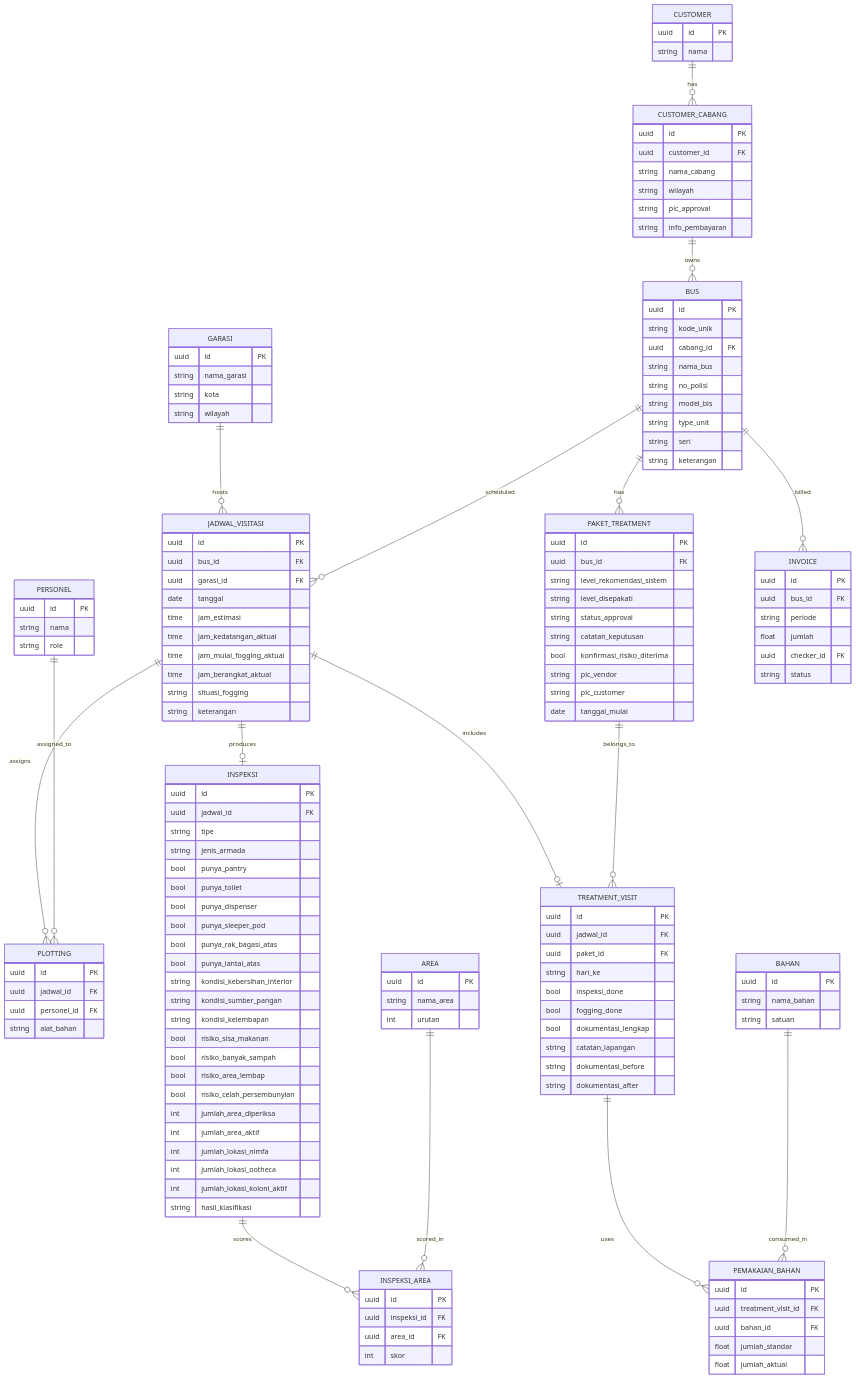
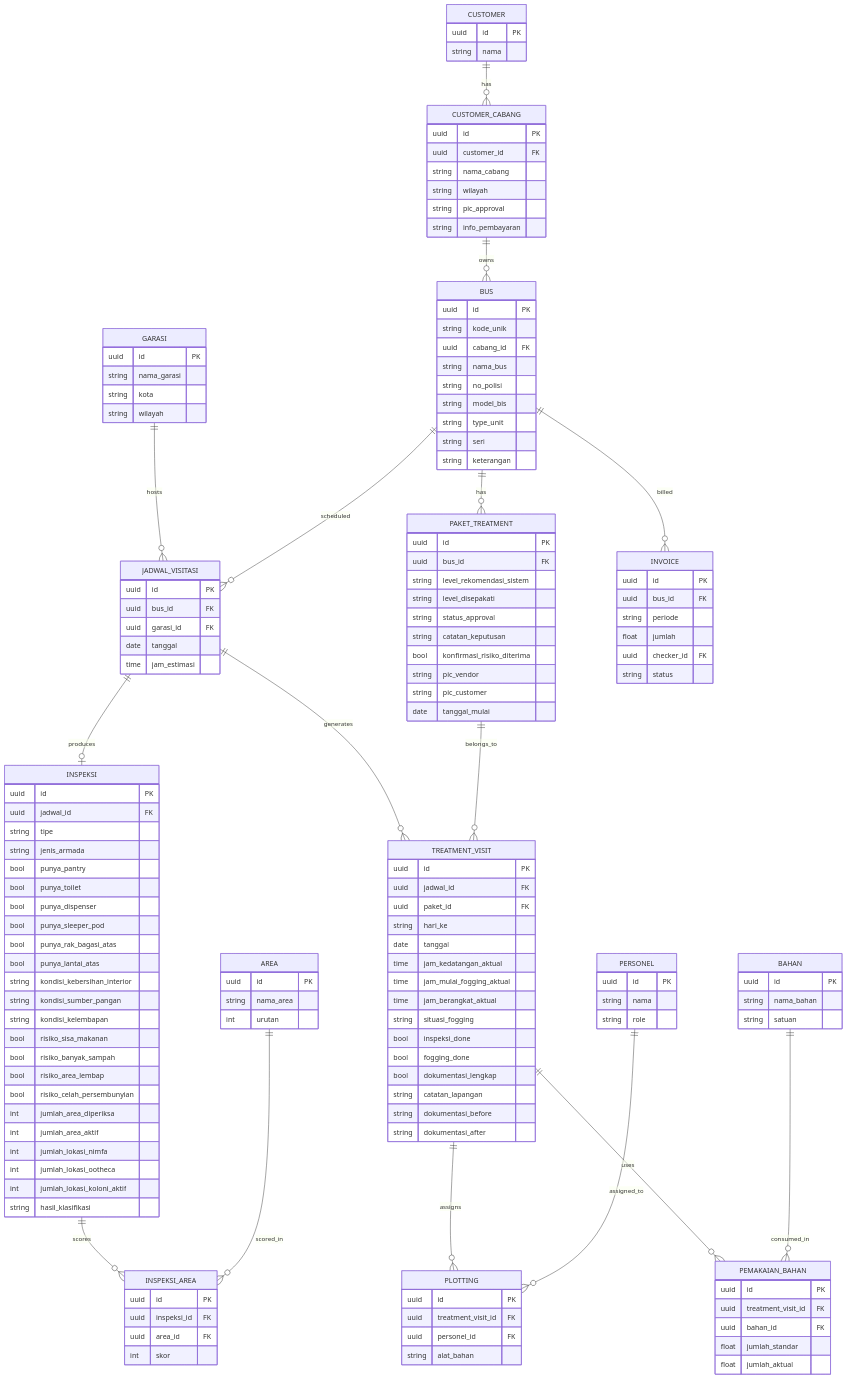
The second of 2 diagrams in README.md (Vanialive/WorkflowBugHunter), drawn with Mermaid before and after one commit. The commit also changed other lines of this file, not shown here.

```diff
--- a/README.md
+++ b/README.md
@@ -48,14 +48,14 @@
     CUSTOMER_CABANG ||--o{ BUS : owns
     GARASI ||--o{ JADWAL_VISITASI : hosts
     BUS ||--o{ JADWAL_VISITASI : scheduled
-    JADWAL_VISITASI ||--o{ PLOTTING : assigns
-    PERSONEL ||--o{ PLOTTING : assigned_to
     JADWAL_VISITASI ||--o| INSPEKSI : produces
     INSPEKSI ||--o{ INSPEKSI_AREA : scores
     AREA ||--o{ INSPEKSI_AREA : scored_in
-    JADWAL_VISITASI ||--o| TREATMENT_VISIT : includes
+    JADWAL_VISITASI ||--o{ TREATMENT_VISIT : generates
     BUS ||--o{ PAKET_TREATMENT : has
     PAKET_TREATMENT ||--o{ TREATMENT_VISIT : belongs_to
+    TREATMENT_VISIT ||--o{ PLOTTING : assigns
+    PERSONEL ||--o{ PLOTTING : assigned_to
     TREATMENT_VISIT ||--o{ PEMAKAIAN_BAHAN : uses
     BAHAN ||--o{ PEMAKAIAN_BAHAN : consumed_in
     BUS ||--o{ INVOICE : billed
@@ -95,22 +95,6 @@
         uuid garasi_id FK
         date tanggal
         time jam_estimasi
-        time jam_kedatangan_aktual
-        time jam_mulai_fogging_aktual
-        time jam_berangkat_aktual
-        string situasi_fogging
-        string keterangan
-    }
-    PLOTTING {
-        uuid id PK
-        uuid jadwal_id FK
-        uuid personel_id FK
-        string alat_bahan
-    }
-    PERSONEL {
-        uuid id PK
-        string nama
-        string role
     }
     INSPEKSI {
         uuid id PK
@@ -165,12 +149,28 @@
         uuid jadwal_id FK
         uuid paket_id FK
         string hari_ke
+        date tanggal
+        time jam_kedatangan_aktual
+        time jam_mulai_fogging_aktual
+        time jam_berangkat_aktual
+        string situasi_fogging
         bool inspeksi_done
         bool fogging_done
         bool dokumentasi_lengkap
         string catatan_lapangan
         string dokumentasi_before
         string dokumentasi_after
+    }
+    PLOTTING {
+        uuid id PK
+        uuid treatment_visit_id FK
+        uuid personel_id FK
+        string alat_bahan
+    }
+    PERSONEL {
+        uuid id PK
+        string nama
+        string role
     }
     BAHAN {
         uuid id PK
```
